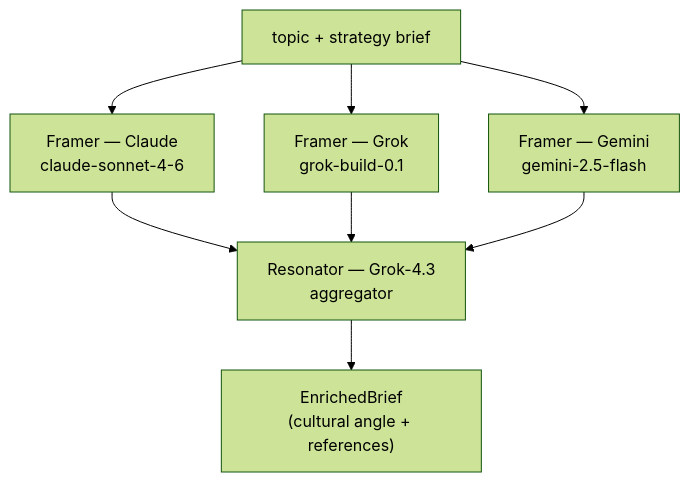
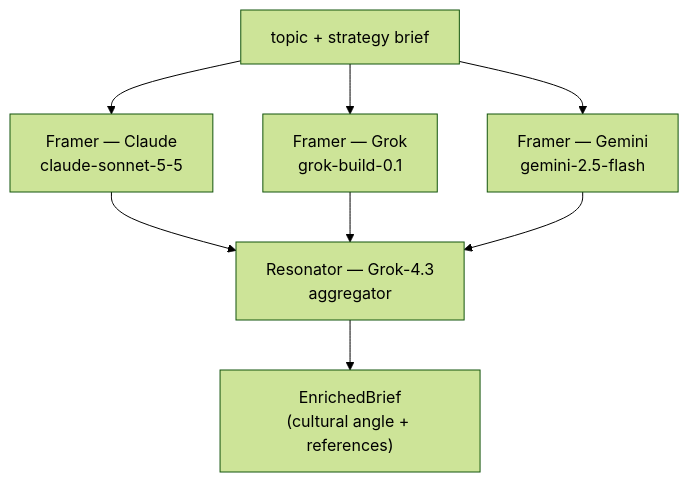
The fourth of 10 diagrams in docs/architecture.md (josemrsantos/gata), drawn with Mermaid (forest theme) before and after one commit. The commit also changed other lines of this file and 31 other files, not shown here.

````diff
--- a/docs/architecture.md
+++ b/docs/architecture.md
@@ -246,15 +246,15 @@
 ```mermaid
 flowchart TD
     IN["topic + strategy brief"]
-    F1["Framer — Claude\nclaude-sonnet-4-6"]
+    F1["Framer — Claude\nclaude-sonnet-5-5"]
     F2["Framer — Grok\ngrok-build-0.1"]
     F3["Framer — Gemini\ngemini-2.5-flash"]
     RES["Resonator — Grok-4.3\naggregator"]
     OUT["EnrichedBrief\n(cultural angle + references)"]
 
     IN --> F1 & F2 & F3
     F1 --> RES
     F2 --> RES
     F3 --> RES
     RES --> OUT
 ```
````
